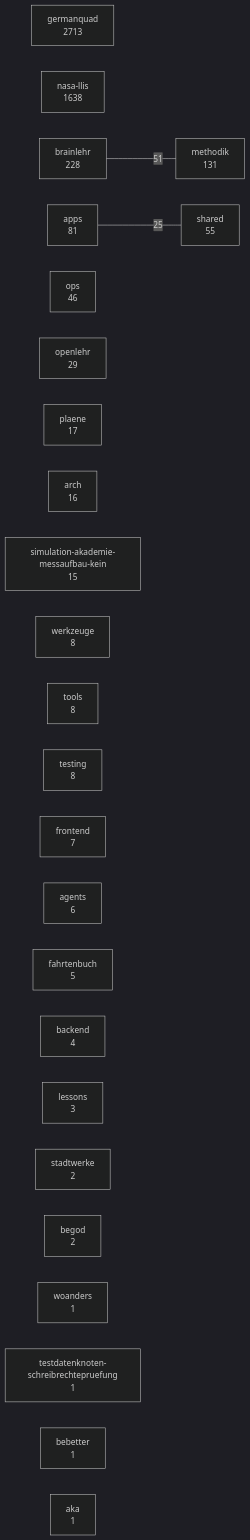
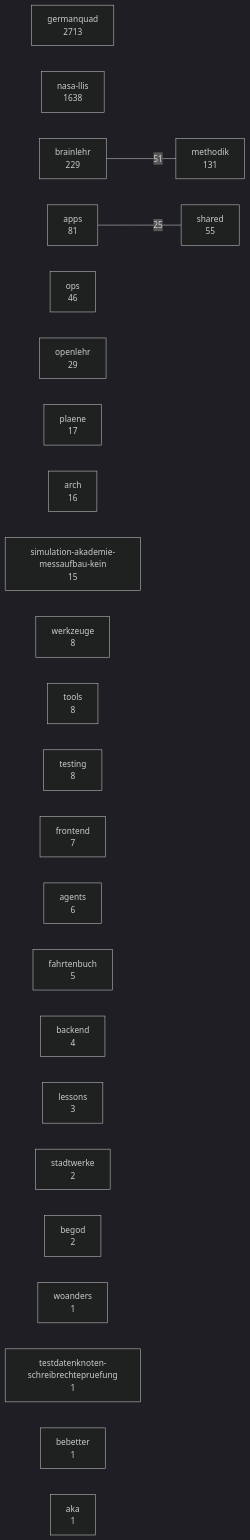
The diagram in docs/karten/bestand.md (3lehr/brainlehr), drawn with Mermaid (dark theme) before and after one commit. The commit also changed 1 other file, not shown here.

Commit message:
chore(karten): Bestandskarte nachgezogen -- erzeugte Artefakte, kein Produktivcode, nichts zu belegen. Plan: docs/PLAN_OPENLEHR_EINZELUNTERNEHMER_2026-08-16.md

````diff
--- a/docs/karten/bestand.md
+++ b/docs/karten/bestand.md
@@ -5,30 +5,30 @@
 ```mermaid
 graph LR
   germanquad["germanquad<br/>2713"]
   nasa_llis["nasa-llis<br/>1638"]
-  brainlehr["brainlehr<br/>228"]
+  brainlehr["brainlehr<br/>229"]
   methodik["methodik<br/>131"]
   apps["apps<br/>81"]
   shared["shared<br/>55"]
   ops["ops<br/>46"]
   openlehr["openlehr<br/>29"]
   plaene["plaene<br/>17"]
   arch["arch<br/>16"]
   simulation_akademie_messaufbau_kein["simulation-akademie-messaufbau-kein<br/>15"]
   werkzeuge["werkzeuge<br/>8"]
   tools["tools<br/>8"]
   testing["testing<br/>8"]
   frontend["frontend<br/>7"]
   agents["agents<br/>6"]
   fahrtenbuch["fahrtenbuch<br/>5"]
   backend["backend<br/>4"]
   lessons["lessons<br/>3"]
   stadtwerke["stadtwerke<br/>2"]
   begod["begod<br/>2"]
   woanders["woanders<br/>1"]
   testdatenknoten_schreibrechtepruefung["testdatenknoten-schreibrechtepruefung<br/>1"]
   bebetter["bebetter<br/>1"]
   aka["aka<br/>1"]
   brainlehr ---|51| methodik
   apps ---|25| shared
 ```
````
